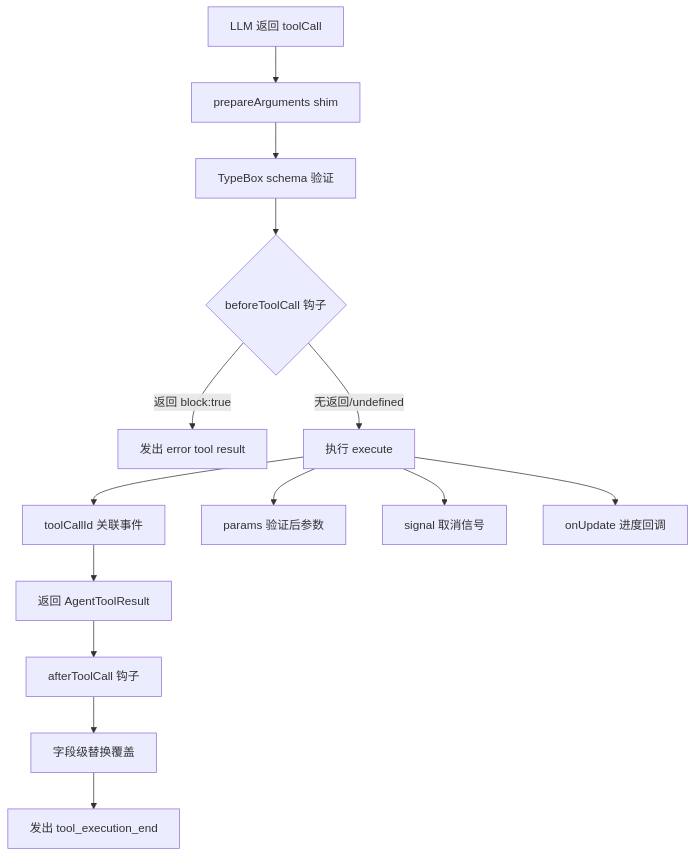
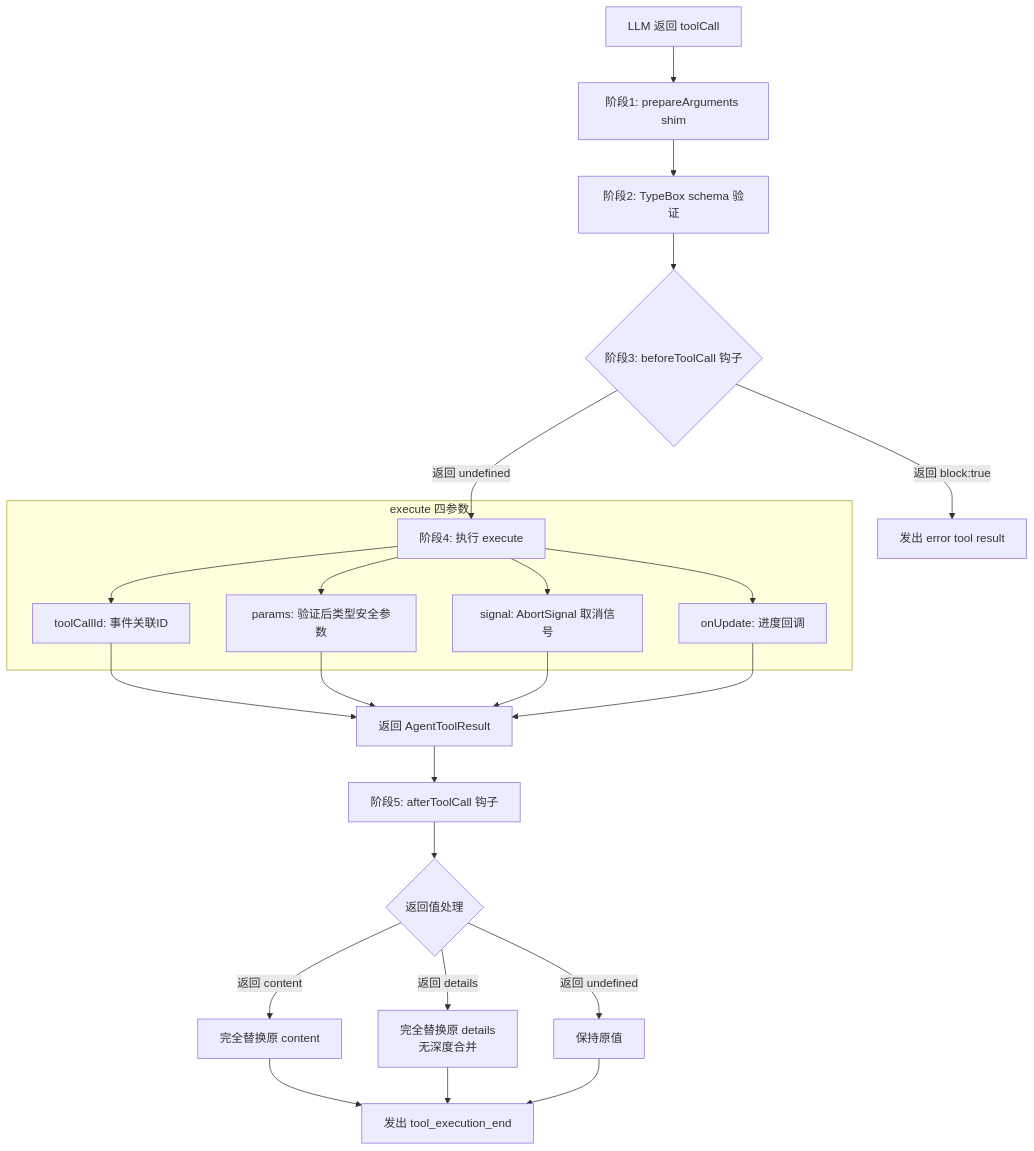
The third of 6 diagrams in .learning/agent-core-study/context/L02/flowchart.mermaid.md (AltumSisy/State-driven-progressive-learning-system), drawn with Mermaid before and after one commit. The commit also changed other lines of this file and 10 other files, not shown here.

Commit message:
docs: update agent-core-study materials and add unified LLM API design

````diff
--- a/.learning/agent-core-study/context/L02/flowchart.mermaid.md
+++ b/.learning/agent-core-study/context/L02/flowchart.mermaid.md
@@ -27,19 +57,32 @@
 ```mermaid
 flowchart TD
-    A[LLM 返回 toolCall] --> B[prepareArguments shim]
-    B --> C[TypeBox schema 验证]
-    C --> D{beforeToolCall 钩子}
+    A[LLM 返回 toolCall] --> B[阶段1: prepareArguments shim]
+    B --> C[阶段2: TypeBox schema 验证]
+    C --> D{阶段3: beforeToolCall 钩子}
     
     D -->|返回 block:true| E[发出 error tool result]
-    D -->|无返回/undefined| F[执行 execute]
+    D -->|返回 undefined| F[阶段4: 执行 execute]
     
-    F --> G[toolCallId 关联事件]
-    F --> H[params 验证后参数]
-    F --> I[signal 取消信号]
-    F --> J[onUpdate 进度回调]
+    subgraph execute_params[execute 四参数]
+        F --> G1[toolCallId: 事件关联ID]
+        F --> G2[params: 验证后类型安全参数]
+        F --> G3[signal: AbortSignal 取消信号]
+        F --> G4[onUpdate: 进度回调]
+    end
     
-    G --> K[返回 AgentToolResult]
-    K --> L[afterToolCall 钩子]
-    L --> M[字段级替换覆盖]
-    M --> N[发出 tool_execution_end]
+    G1 --> H[返回 AgentToolResult]
+    G2 --> H
+    G3 --> H
+    G4 --> H
+    
+    H --> I[阶段5: afterToolCall 钩子]
+    I --> J{返回值处理}
+    
+    J -->|返回 content| K[完全替换原 content]
+    J -->|返回 details| L[完全替换原 details<br/>无深度合并]
+    J -->|返回 undefined| M[保持原值]
+    
+    K --> N[发出 tool_execution_end]
+    L --> N
+    M --> N
 ```
````
